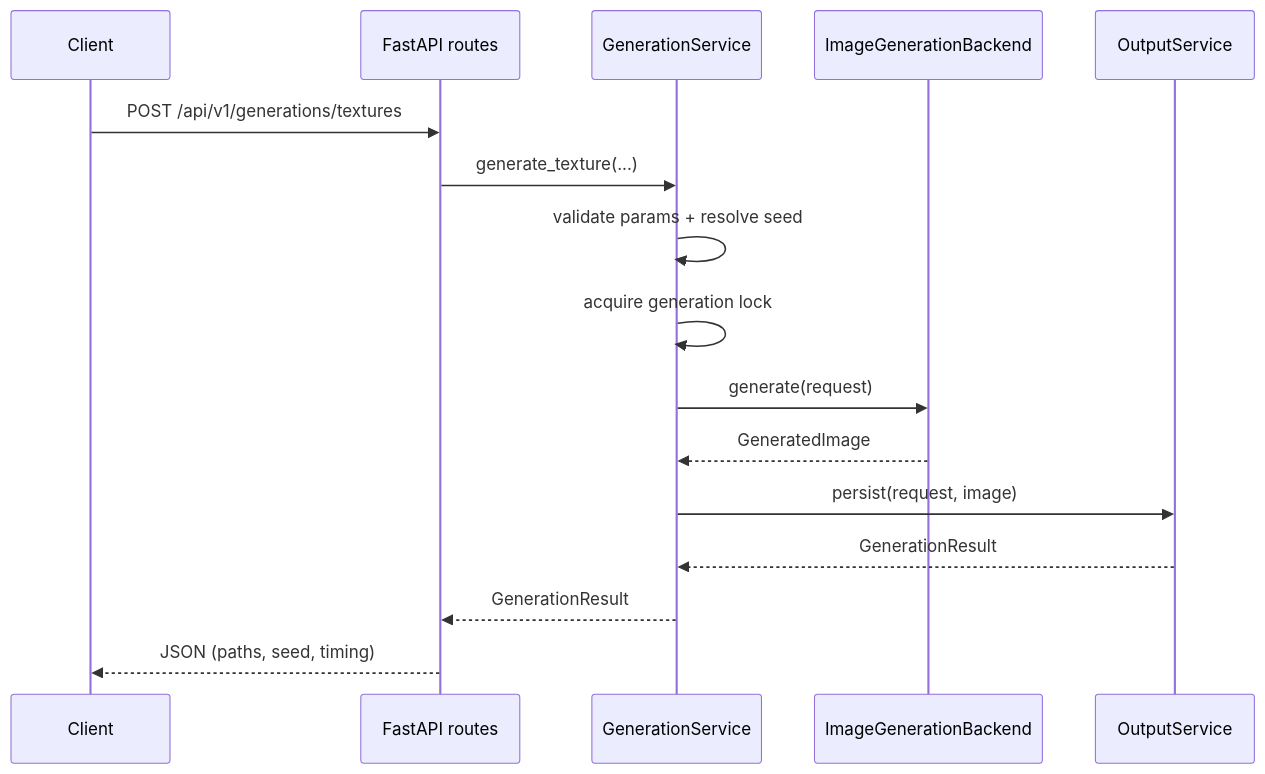
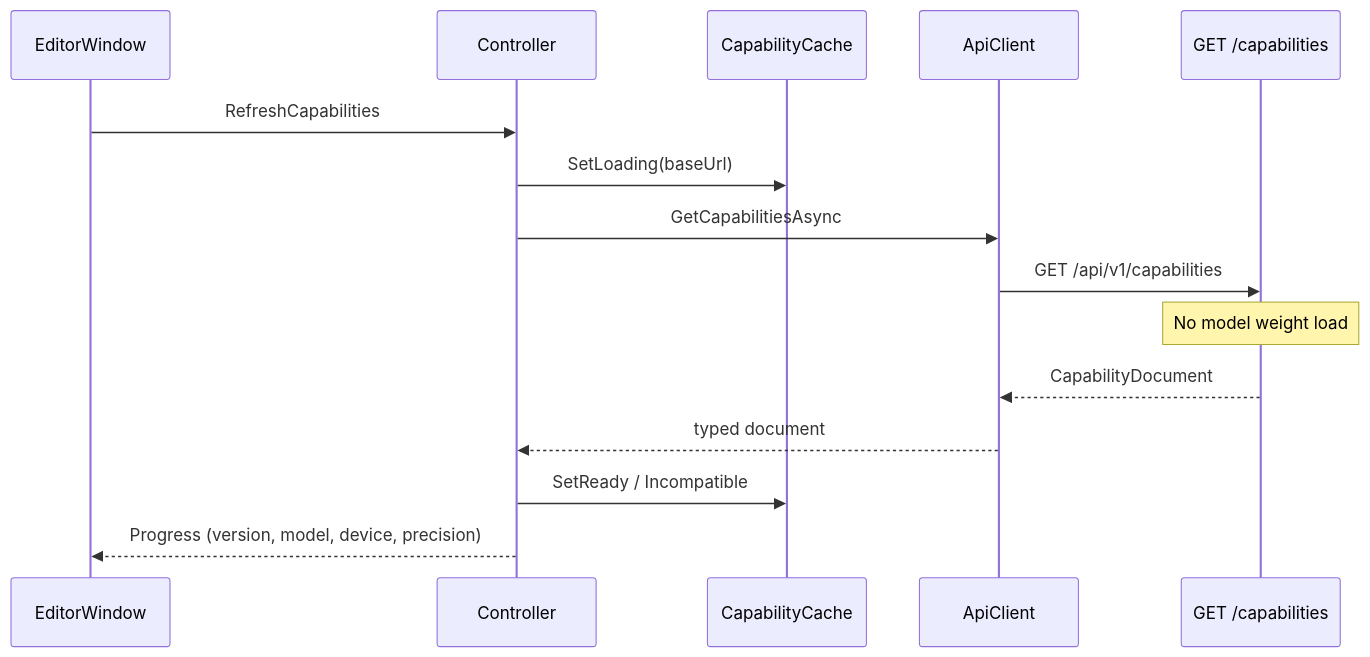
Before and after one commit to skepticworks/Unity-AI-Asset-Generator: the second of 6 diagrams in ARCHITECTURE.md, drawn with Mermaid. The commit also changed other lines of this file and 149 other files, not shown here.

First line of the commit message:
Add Milestone 3 generation contract, capabilities, and Unity package.

````diff
--- a/ARCHITECTURE.md
+++ b/ARCHITECTURE.md
@@ -27,19 +85,18 @@
 ```mermaid
 sequenceDiagram
-    participant Client
-    participant API as FastAPI routes
-    participant Gen as GenerationService
-    participant Backend as ImageGenerationBackend
-    participant Out as OutputService
+    participant Win as EditorWindow
+    participant Ctrl as Controller
+    participant Cache as CapabilityCache
+    participant Client as ApiClient
+    participant API as GET /capabilities
 
-    Client->>API: POST /api/v1/generations/textures
-    API->>Gen: generate_texture(...)
-    Gen->>Gen: validate params + resolve seed
-    Gen->>Gen: acquire generation lock
-    Gen->>Backend: generate(request)
-    Backend-->>Gen: GeneratedImage
-    Gen->>Out: persist(request, image)
-    Out-->>Gen: GenerationResult
-    Gen-->>API: GenerationResult
-    API-->>Client: JSON (paths, seed, timing)
+    Win->>Ctrl: RefreshCapabilities
+    Ctrl->>Cache: SetLoading(baseUrl)
+    Ctrl->>Client: GetCapabilitiesAsync
+    Client->>API: GET /api/v1/capabilities
+    Note over API: No model weight load
+    API-->>Client: CapabilityDocument
+    Client-->>Ctrl: typed document
+    Ctrl->>Cache: SetReady / Incompatible
+    Ctrl-->>Win: Progress (version, model, device, precision)
 ```
````
